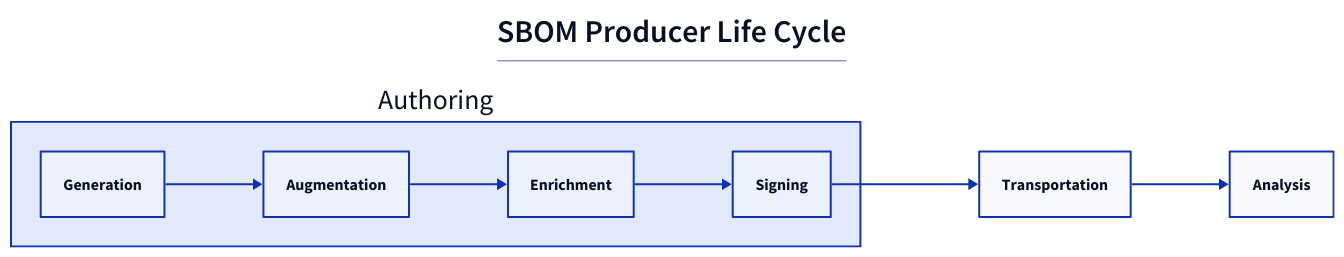
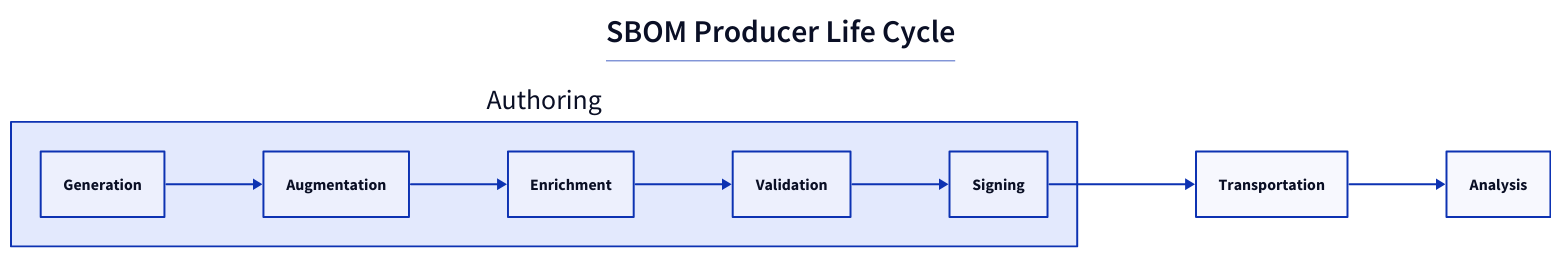
One commit to CISA-SBOM-Community/SBOM-Generation changed the diagram in assets/lifecycle.d2. Above: the diagram before and after it, drawn with D2. The commit also changed 1 other file, not shown here.

Commit message:
Add validation step in lifecycle (#70)
Implements https://github.com/CISA-SBOM-Community/SBOM-Generation/issues/28

```diff
--- a/assets/lifecycle.d2
+++ b/assets/lifecycle.d2
@@ -1,27 +1,29 @@
 direction: right
 
 title: |md
 
   # SBOM Producer Life Cycle
 
 | {near: top-center}
 
 Authoring {
   Generation
   Augmentation
   Enrichment
+  Validation
   Signing
 }
 
 Transportation {
 
 }
 
 Analysis {
 
 }
 
 Authoring.Generation -> Authoring.Augmentation
 Authoring.Augmentation -> Authoring.Enrichment
-Authoring.Enrichment -> Authoring.Signing
+Authoring.Enrichment -> Authoring.Validation
+Authoring.Validation -> Authoring.Signing
 Authoring.Signing -> Transportation -> Analysis
```
